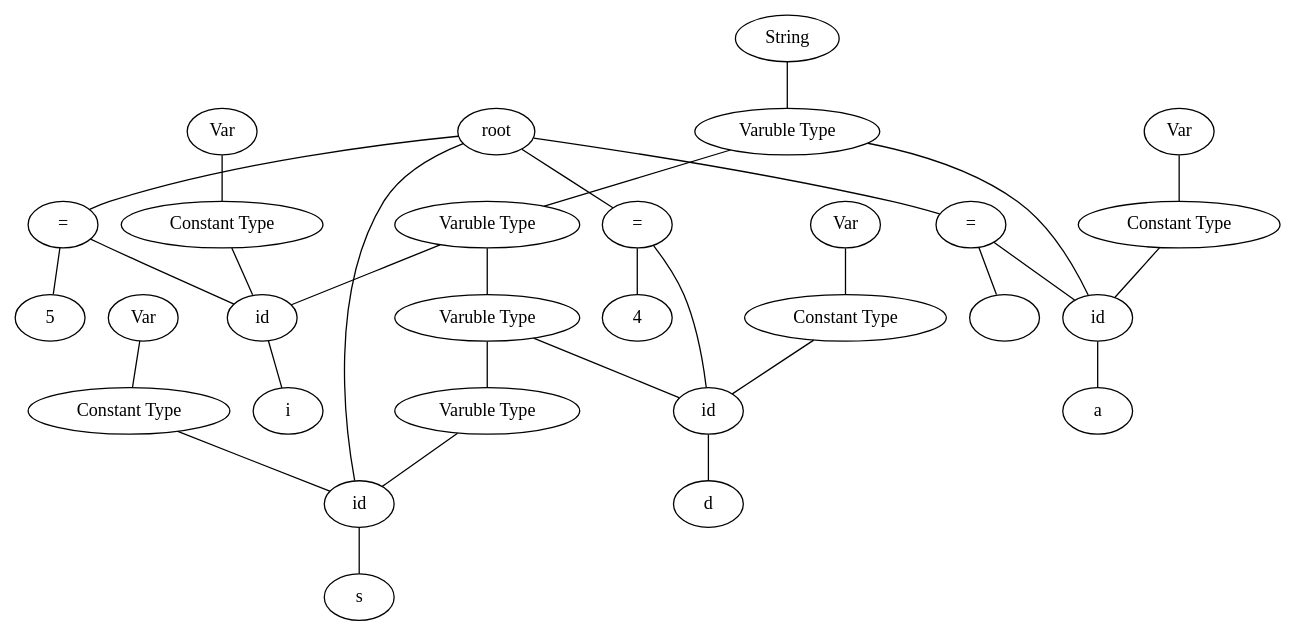
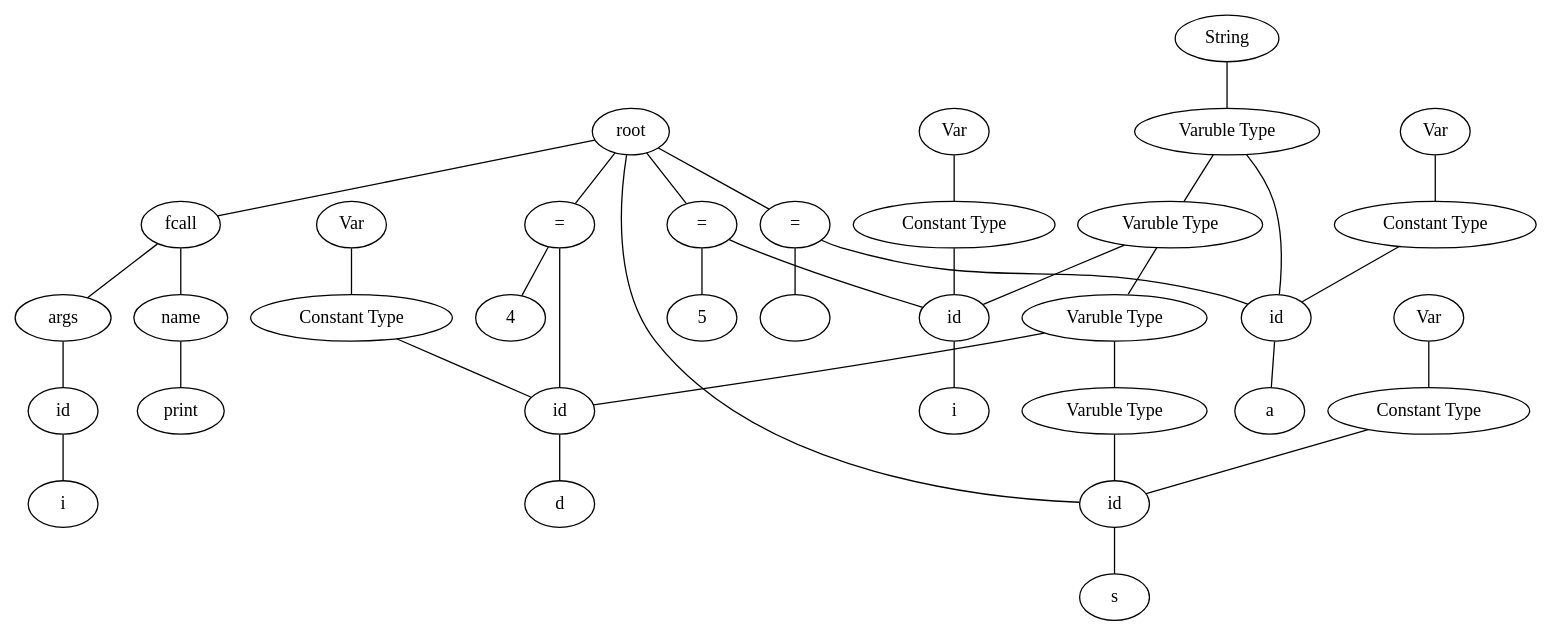
Before and after one commit to TAIIOK/SwiftCompilerToJavaByteCode: the diagram in build/file.dot, drawn with Graphviz. The commit also changed 5 other files, not shown here.

```diff
--- a/build/file.dot
+++ b/build/file.dot
@@ -1,63 +1,75 @@
 graph graphname {
 root;
 expr0[label = "id"];
 root--expr0;
 type0[label = "Varuble Type"];
 type0--expr0;
 type1[label = "Int"];
 type1--type0;
 consttype0[label = "Constant Type"];
 consttype0--expr0;
 consttype1[label = "Var"];
 consttype1--consttype0;
 expr1[label = "s"];
 expr0--expr1;
 assign0[label = "="];
 root--assign0;
 expr2[label = "id"];
 assign0--expr2;
 type1[label = "Varuble Type"];
 type1--expr2;
 type2[label = "Int"];
 type2--type1;
 consttype2[label = "Constant Type"];
 consttype2--expr2;
 consttype3[label = "Var"];
 consttype3--consttype2;
 expr3[label = "d"];
 expr2--expr3;
 expr4[label = "4"];
 assign0--expr4;
 assign1[label = "="];
 root--assign1;
 expr5[label = "id"];
 assign1--expr5;
 type2[label = "Varuble Type"];
 type2--expr5;
 type3[label = "Int"];
 type3--type2;
 consttype4[label = "Constant Type"];
 consttype4--expr5;
 consttype5[label = "Var"];
 consttype5--consttype4;
 expr6[label = "i"];
 expr5--expr6;
 expr7[label = "5"];
 assign1--expr7;
 assign2[label = "="];
 root--assign2;
 expr8[label = "id"];
 assign2--expr8;
 type3[label = "Varuble Type"];
 type3--expr8;
 type4[label = "String"];
 type4--type3;
 consttype6[label = "Constant Type"];
 consttype6--expr8;
 consttype7[label = "Var"];
 consttype7--consttype6;
 expr9[label = "a"];
 expr8--expr9;
 expr10[label = ""];
 assign2--expr10;
+expr11[label = "fcall"];
+root--expr11;
+expr11name[label = "name"];
+expr12[label = "print"];
+expr11name--expr12;
+expr11--expr11name;
+expr11args[label = " args "];
+expr11 -- expr11args;
+expr13[label = "id"];
+expr11args--expr13;
+expr14[label = "i"];
+expr13--expr14;
 }
```
